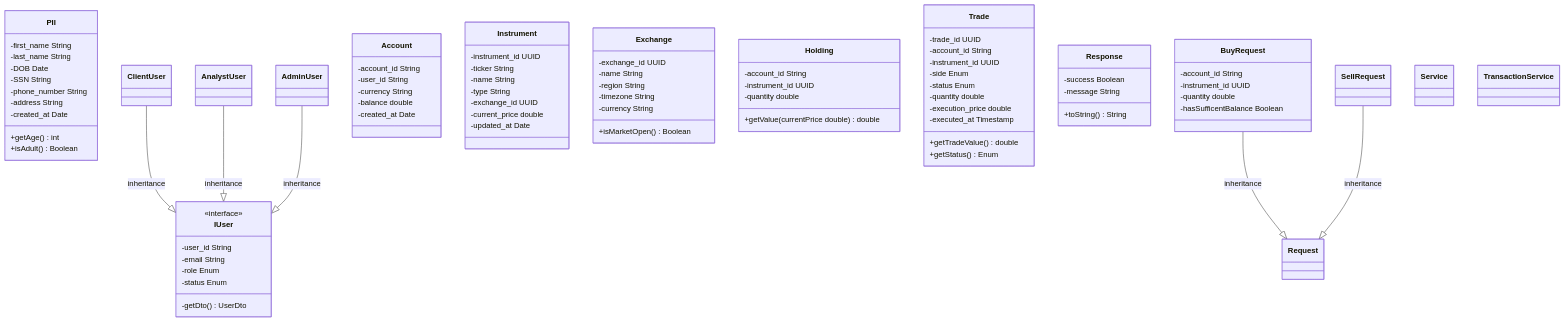
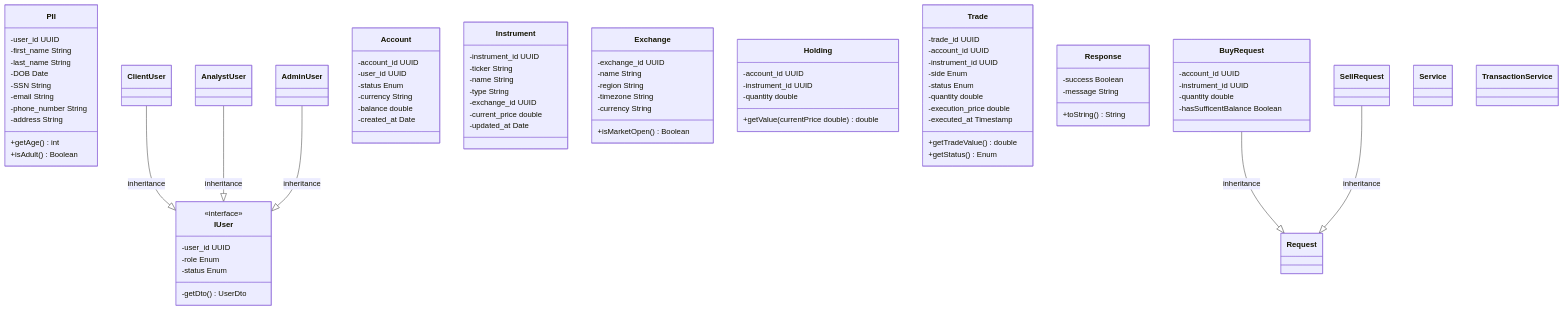
One commit to anikatay/jeepers-leapers changed the diagram in UML.mmd. Above: the diagram before and after it, drawn with Mermaid.

Commit message:
Updated UML id strings to uuid

```diff
--- a/UML.mmd
+++ b/UML.mmd
@@ -1,119 +1,120 @@
 classDiagram
     direction TB
 
     class PII {
+        -user_id UUID
         -first_name String
         -last_name String
         -DOB Date
         -SSN String
+        -email String
         -phone_number String
         -address String
-        -created_at Date
         +getAge() int
         +isAdult() Boolean
     }
 
     class IUser {
         <<interface>>
-        -user_id String
-        -email String
+        -user_id UUID
         -role Enum
         -status Enum
         -getDto() UserDto
     }
 
     class ClientUser {
 
     }
 
     class AnalystUser {
 
     }
 
     class AdminUser {
 
     }
 
     class Account {
-        -account_id String
-        -user_id String
+        -account_id UUID
+        -user_id UUID
+        -status Enum
         -currency String
         -balance double
         -created_at Date
     }
 
     class Instrument {
         -instrument_id UUID
         -ticker String
         -name String
         -type String
         -exchange_id UUID
         -current_price double
         -updated_at Date
     }
 
     class Exchange {
         -exchange_id UUID
         -name String
         -region String
         -timezone String
         -currency String
         +isMarketOpen() Boolean
         
     }
 
     class Holding {
-        -account_id String
+        -account_id UUID
         -instrument_id UUID
         -quantity double
         +getValue(currentPrice double) double
         
     }
 
     class Trade {
         -trade_id UUID
-        -account_id String
+        -account_id UUID
         -instrument_id UUID
         -side Enum
         -status Enum
         -quantity double
         -execution_price double
         -executed_at Timestamp
         +getTradeValue() double
         +getStatus() Enum
     }
 
     class Request {   
 
     }
 
     class Response {
         -success Boolean
         -message String
         +toString() String
     }
 
     class BuyRequest {
-        -account_id String
+        -account_id UUID
         -instrument_id UUID
         -quantity double
         -hasSufficentBalance Boolean
     }
 
     class SellRequest {
     }
 
     class Service {
 
     }
 
     class TransactionService {
-        
+
     }
 
 
     ClientUser --|> IUser : inheritance
     AnalystUser --|> IUser : inheritance
     AdminUser --|> IUser : inheritance
     BuyRequest --|> Request : inheritance
     SellRequest --|> Request : inheritance
```
